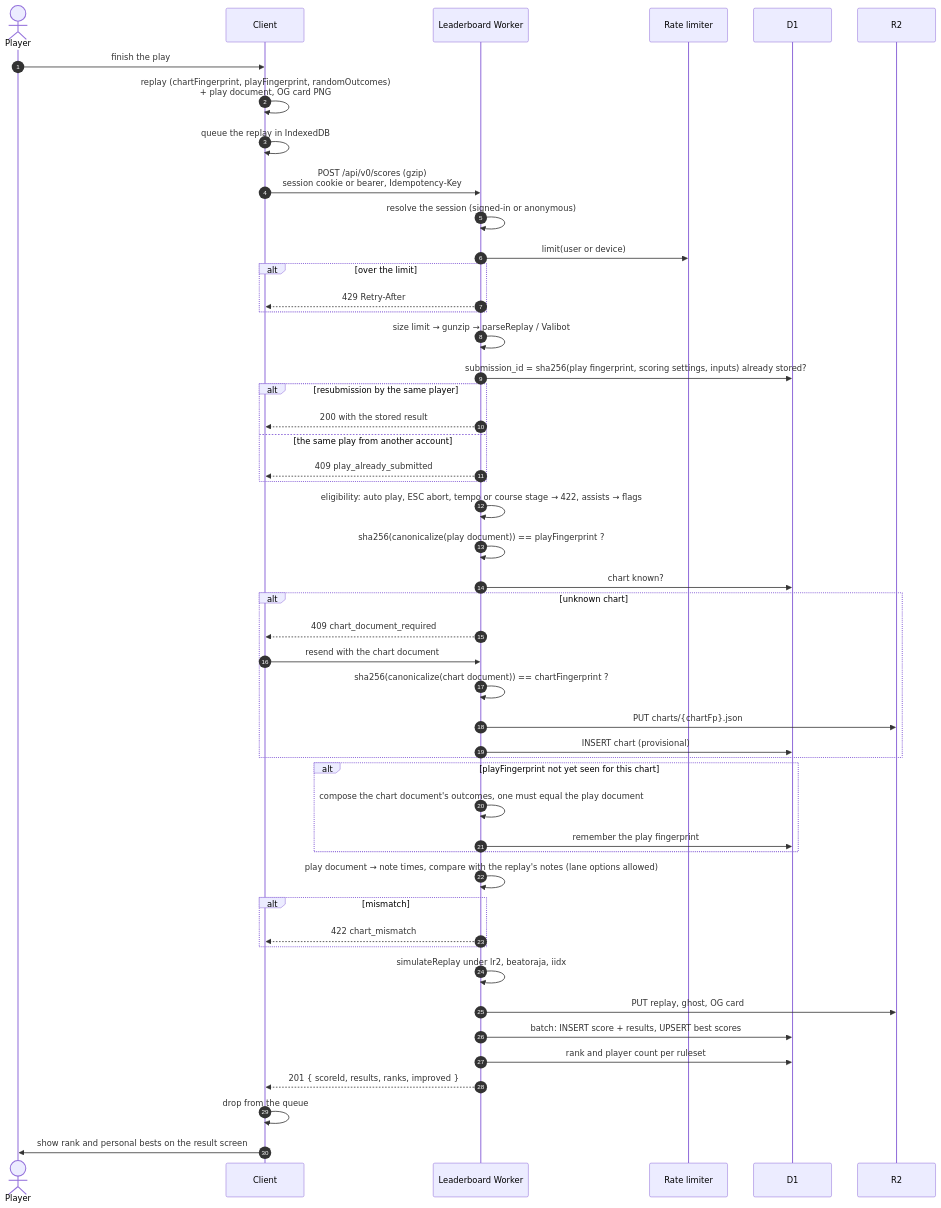
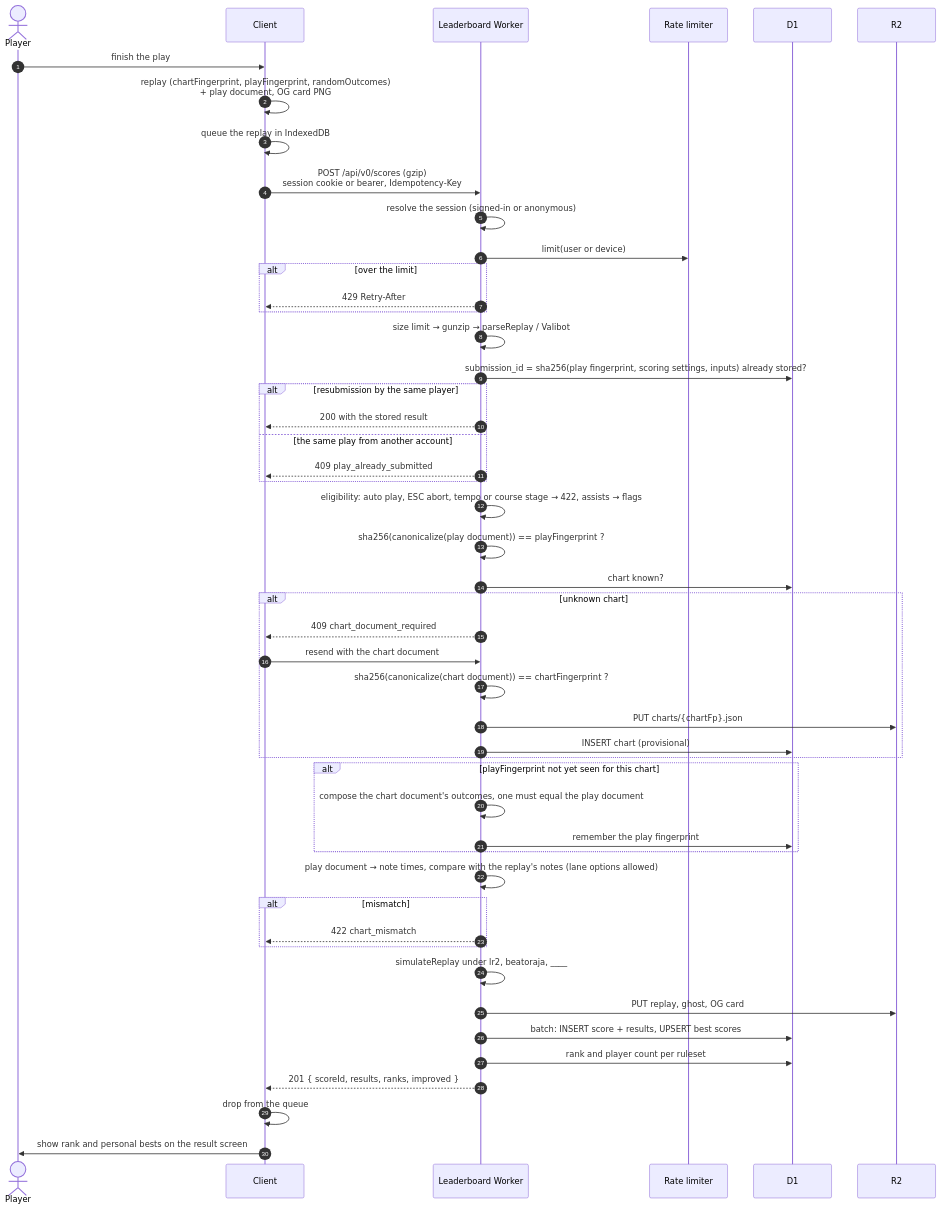
One commit to nulltask/be-music changed the second of 4 diagrams in docs/leaderboard.md. Above: the diagram before and after it, drawn with Mermaid. The commit also changed other lines of this file and 45 other files, not shown here.

````diff
--- a/docs/leaderboard.md
+++ b/docs/leaderboard.md
@@ -131,52 +131,52 @@
 ```mermaid
 sequenceDiagram
     autonumber
     actor P as Player
     participant C as Client
     participant A as Leaderboard Worker
     participant RL as Rate limiter
     participant D as D1
     participant R as R2
 
     P->>C: finish the play
     C->>C: replay (chartFingerprint, playFingerprint, randomOutcomes)<br/>+ play document, OG card PNG
     C->>C: queue the replay in IndexedDB
     C->>A: POST /api/v0/scores (gzip)<br/>session cookie or bearer, Idempotency-Key
     A->>A: resolve the session (signed-in or anonymous)
     A->>RL: limit(user or device)
     alt over the limit
         A-->>C: 429 Retry-After
     end
     A->>A: size limit → gunzip → parseReplay / Valibot
     A->>D: submission_id = sha256(play fingerprint, scoring settings, inputs) already stored?
     alt resubmission by the same player
         A-->>C: 200 with the stored result
     else the same play from another account
         A-->>C: 409 play_already_submitted
     end
     A->>A: eligibility: auto play, ESC abort, tempo or course stage → 422, assists → flags
     A->>A: sha256(canonicalize(play document)) == playFingerprint ?
     A->>D: chart known?
     alt unknown chart
         A-->>C: 409 chart_document_required
         C->>A: resend with the chart document
         A->>A: sha256(canonicalize(chart document)) == chartFingerprint ?
         A->>R: PUT charts/{chartFp}.json
         A->>D: INSERT chart (provisional)
     end
     alt playFingerprint not yet seen for this chart
         A->>A: compose the chart document's outcomes, one must equal the play document
         A->>D: remember the play fingerprint
     end
     A->>A: play document → note times, compare with the replay's notes (lane options allowed)
     alt mismatch
         A-->>C: 422 chart_mismatch
     end
-    A->>A: simulateReplay under lr2, beatoraja, iidx
+    A->>A: simulateReplay under lr2, beatoraja, ____
     A->>R: PUT replay, ghost, OG card
     A->>D: batch: INSERT score + results, UPSERT best scores
     A->>D: rank and player count per ruleset
     A-->>C: 201 { scoreId, results, ranks, improved }
     C->>C: drop from the queue
     C->>P: show rank and personal bests on the result screen
 ```
````
